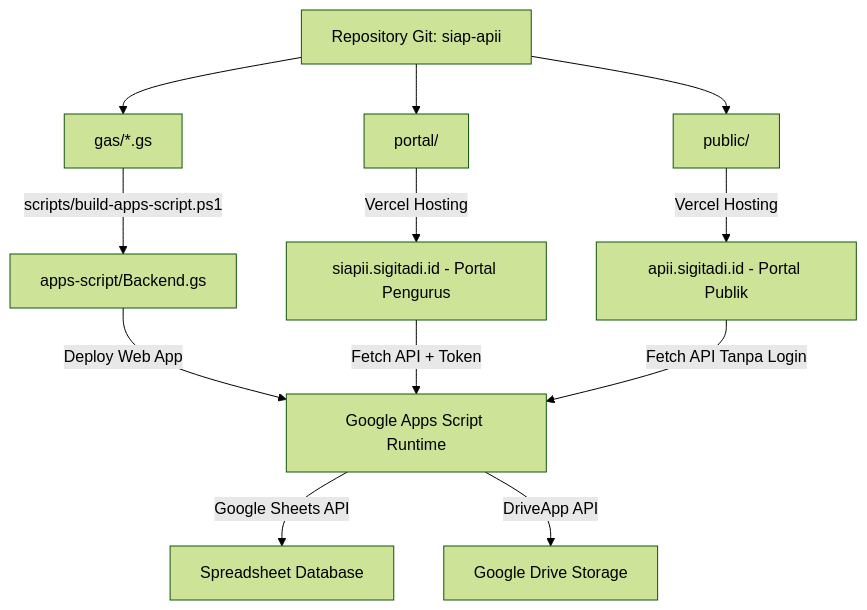
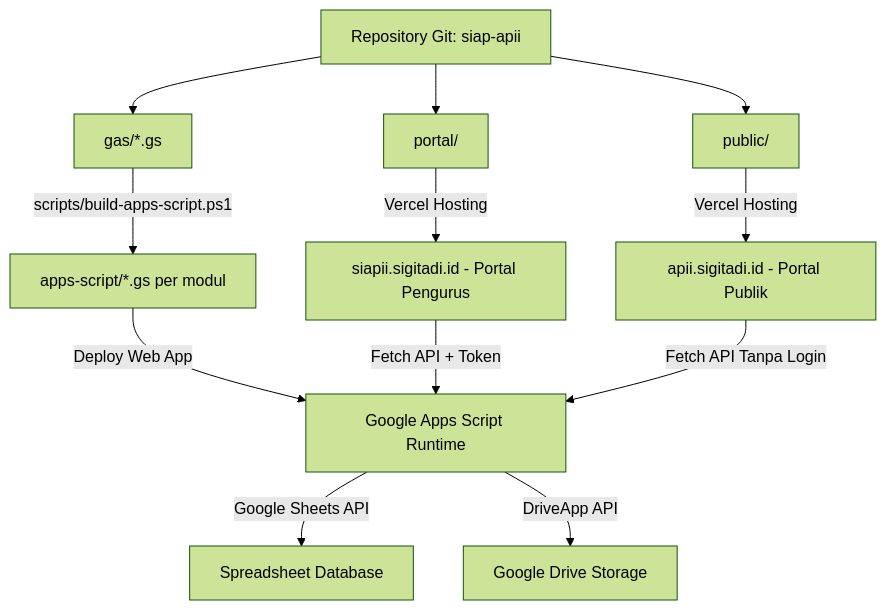
One commit to sisigitadi/siap-apii changed the diagram in docs/VERSION_CONTROL.md. Above: the diagram before and after it, drawn with Mermaid (forest theme). The commit also changed other lines of this file and 21 other files, not shown here.

````diff
--- a/docs/VERSION_CONTROL.md
+++ b/docs/VERSION_CONTROL.md
@@ -40,17 +40,17 @@
 ```mermaid
 graph TD
     A[Repository Git: siap-apii] --> B[gas/*.gs]
     A --> C[portal/]
     A --> D[public/]
     
-    B -->|scripts/build-apps-script.ps1| E[apps-script/Backend.gs]
+    B -->|scripts/build-apps-script.ps1| E[apps-script/*.gs per modul]
     E -->|Deploy Web App| F[Google Apps Script Runtime]
     F -->|Google Sheets API| G[Spreadsheet Database]
     F -->|DriveApp API| H[Google Drive Storage]
     
     C -->|Vercel Hosting| I[siapii.sigitadi.id - Portal Pengurus]
     D -->|Vercel Hosting| J[apii.sigitadi.id - Portal Publik]
     
     I -->|Fetch API + Token| F
     J -->|Fetch API Tanpa Login| F
 ```
````
